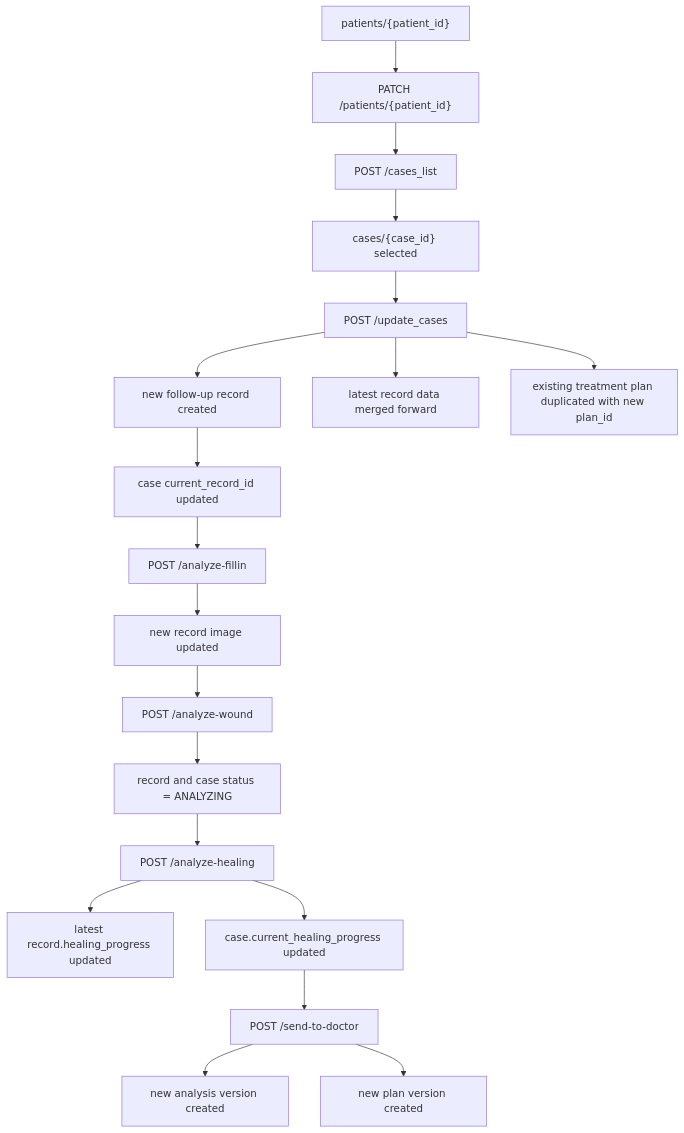
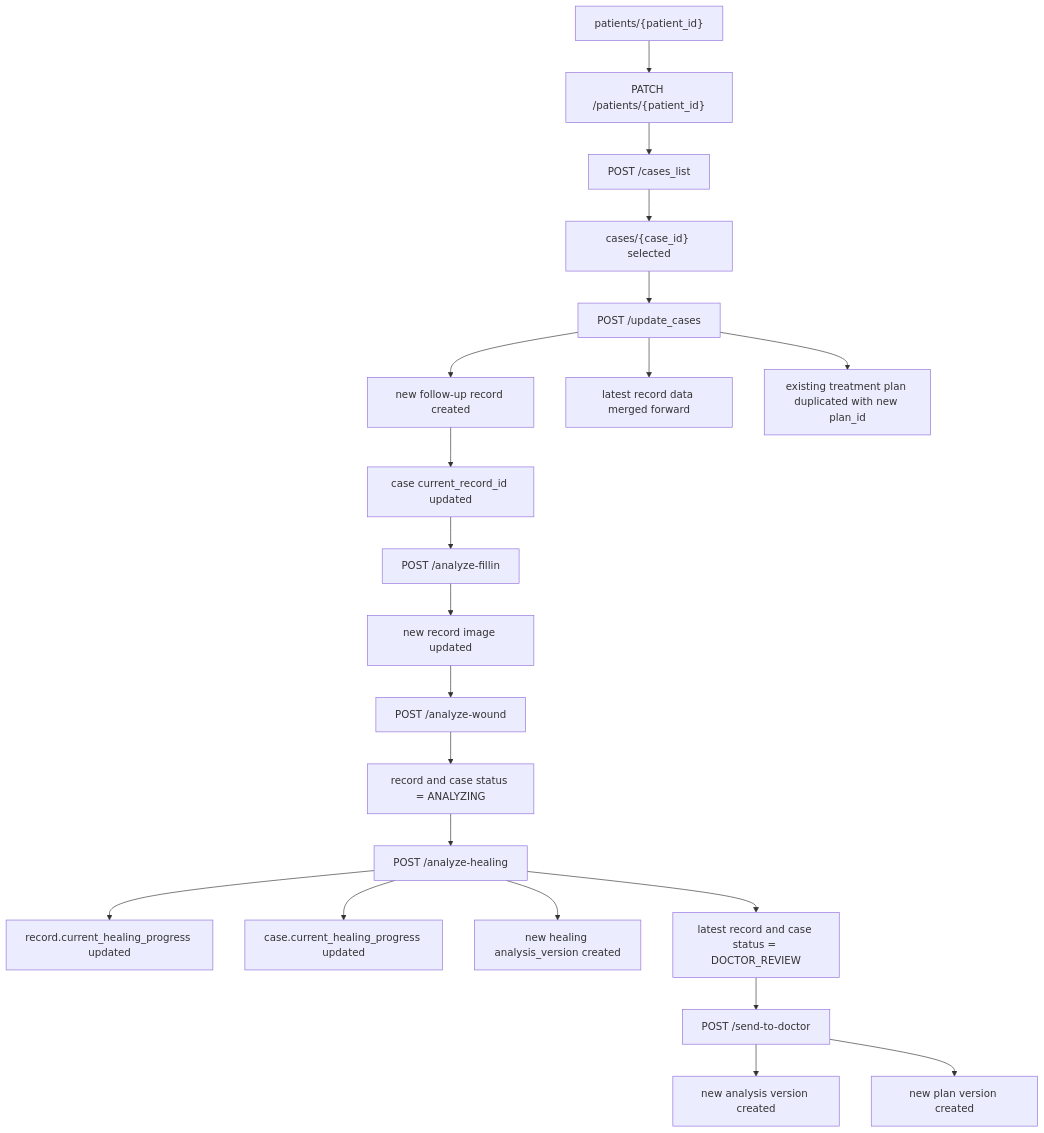
Before and after one commit to Nearonomicon/Foster-Ulcer-AI: the sixth of 10 diagrams in backend/workflow.md, drawn with Mermaid. The commit also changed other lines of this file and 13 other files, not shown here.

First line of the commit message:
Doctor Review

````diff
--- a/backend/workflow.md
+++ b/backend/workflow.md
@@ -257,21 +259,23 @@
 ```mermaid
 flowchart TD
     A["patients/{patient_id}"] --> B["PATCH /patients/{patient_id}"]
     B --> C[POST /cases_list]
     C --> D["cases/{case_id} selected"]
     D --> E[POST /update_cases]
     E --> F[new follow-up record created]
     E --> G[latest record data merged forward]
     E --> H[existing treatment plan duplicated with new plan_id]
     F --> I[case current_record_id updated]
     I --> J[POST /analyze-fillin]
     J --> K[new record image updated]
     K --> L[POST /analyze-wound]
     L --> M[record and case status = ANALYZING]
     M --> N[POST /analyze-healing]
-    N --> O[latest record.healing_progress updated]
+    N --> O[record.current_healing_progress updated]
     N --> P[case.current_healing_progress updated]
-    P --> Q[POST /send-to-doctor]
-    Q --> R[new analysis version created]
-    Q --> S[new plan version created]
+    N --> Q[new healing analysis_version created]
+    N --> R[latest record and case status = DOCTOR_REVIEW]
+    R --> S[POST /send-to-doctor]
+    S --> T[new analysis version created]
+    S --> U[new plan version created]
 ```
````
